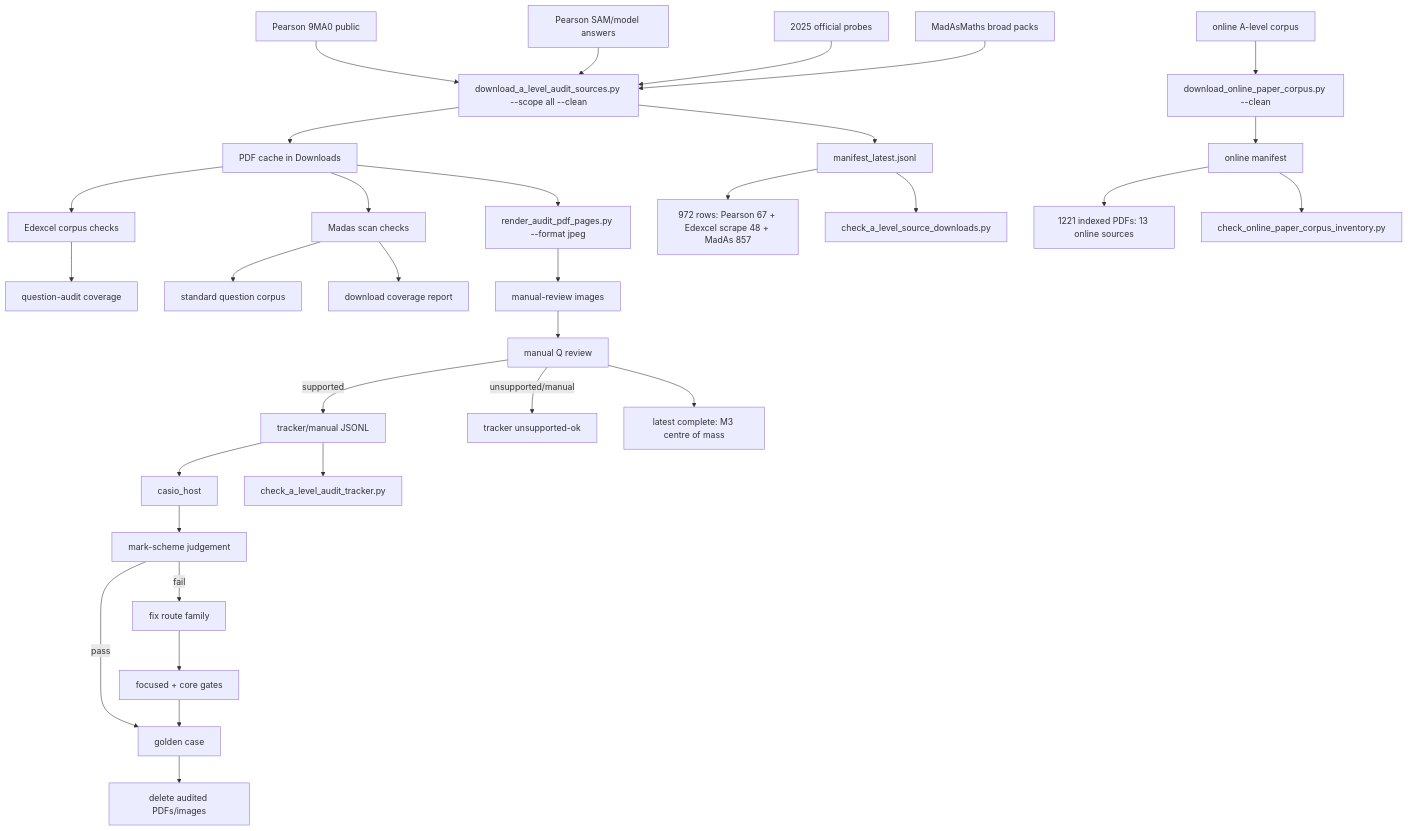
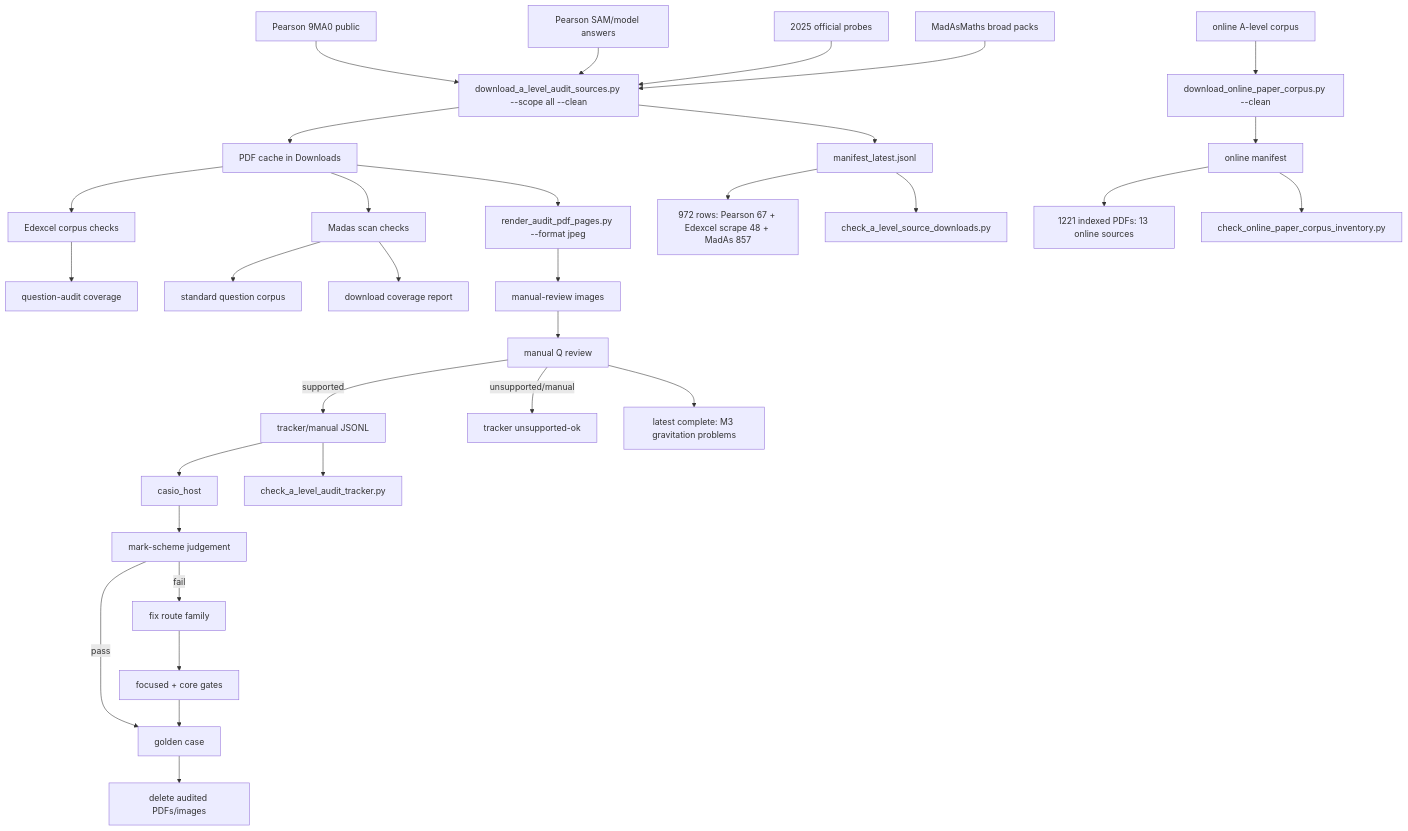
One commit to james8464/notes-addin-casio-fx-cg50 changed the diagram in c++/tools/golden/a_level_audit_graph.md. Above: the diagram before and after it, drawn with Mermaid. The commit also changed other lines of this file and 2 other files, not shown here.

Commit message:
Audit M3 gravitation booklet

````diff
--- a/c++/tools/golden/a_level_audit_graph.md
+++ b/c++/tools/golden/a_level_audit_graph.md
@@ -3,34 +3,34 @@
 ```mermaid
 graph TD
   E1["Pearson 9MA0 public"] --> D["download_a_level_audit_sources.py --scope all --clean"]
   E2["Pearson SAM/model answers"] --> D
   E3["2025 official probes"] --> D
   M1["MadAsMaths broad packs"] --> D
   O1["online A-level corpus"] --> OD["download_online_paper_corpus.py --clean"]
   D --> P["PDF cache in Downloads"]
   D --> X["manifest_latest.jsonl"]
   OD --> OX["online manifest"]
   X --> XC["972 rows: Pearson 67 + Edexcel scrape 48 + MadAs 857"]
   OX --> OC["1221 indexed PDFs: 13 online sources"]
   X --> V["check_a_level_source_downloads.py"]
   OX --> OV["check_online_paper_corpus_inventory.py"]
   P --> E["Edexcel corpus checks"]
   E --> EQ["question-audit coverage"]
   P --> S["Madas scan checks"]
   S --> M["standard question corpus"]
   S --> MC["download coverage report"]
   P --> R["render_audit_pdf_pages.py --format jpeg"]
   R --> I["manual-review images"]
   I --> Q["manual Q review"]
   Q -->|supported| J["tracker/manual JSONL"]
   Q -->|unsupported/manual| U["tracker unsupported-ok"]
   J --> H["casio_host"]
   J --> K["check_a_level_audit_tracker.py"]
   H --> C["mark-scheme judgement"]
   C -->|pass| G["golden case"]
   C -->|fail| F["fix route family"]
   F --> T["focused + core gates"]
   T --> G
   G --> Z["delete audited PDFs/images"]
-  Q --> Qt["latest complete: M3 centre of mass"]
+  Q --> Qt["latest complete: M3 gravitation problems"]
 ```
````
